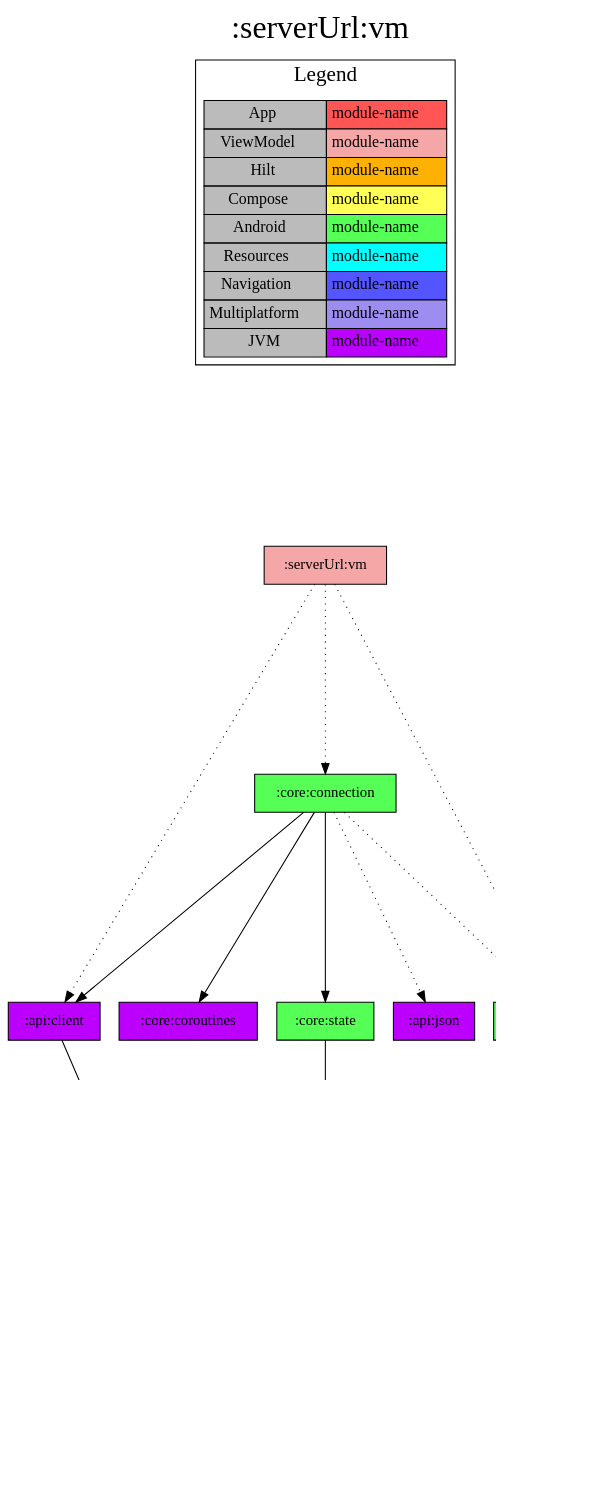
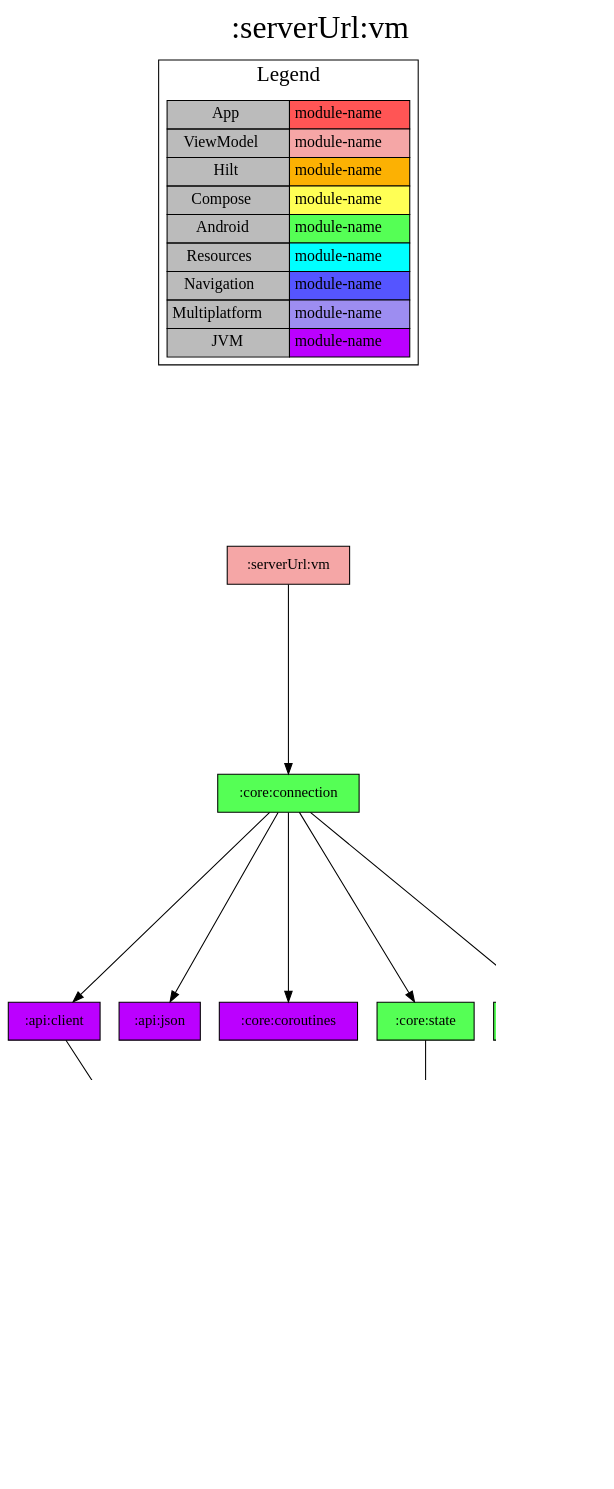
One commit to jonapoul/aktual changed the diagram in modules/serverUrl/vm/project-dependency-graph.dot. Above: the diagram before and after it, drawn with Graphviz. The commit also changed 21 other files, not shown here.

```diff
--- a/modules/serverUrl/vm/project-dependency-graph.dot
+++ b/modules/serverUrl/vm/project-dependency-graph.dot
@@ -1,47 +1,45 @@
 digraph {
 edge ["dir"="forward"]
 graph ["dpi"="100","label"=":serverUrl:vm","labelloc"="t","fontsize"="30","ranksep"="2.5","rankdir"="TB"]
 node ["style"="filled"]
 ":serverUrl:vm" ["fillcolor"="#F5A6A6","shape"="box"]
+":core:connection" ["fillcolor"="#55FF55","shape"="box"]
 ":api:client" ["fillcolor"="#BB00FF","shape"="box"]
 ":api:model" ["fillcolor"="#BB00FF","shape"="box"]
 ":core:model" ["fillcolor"="#BB00FF","shape"="box"]
-":core:connection" ["fillcolor"="#55FF55","shape"="box"]
+":api:json" ["fillcolor"="#BB00FF","shape"="box"]
 ":core:coroutines" ["fillcolor"="#BB00FF","shape"="box"]
 ":core:state" ["fillcolor"="#55FF55","shape"="box"]
-":api:json" ["fillcolor"="#BB00FF","shape"="box"]
 ":serverUrl:prefs" ["fillcolor"="#55FF55","shape"="box"]
 {
 edge ["dir"="none"]
 graph ["rank"="same"]
 }
-":serverUrl:vm" -> ":api:client" ["style"="dotted"]
-":serverUrl:vm" -> ":core:connection" ["style"="dotted"]
-":serverUrl:vm" -> ":serverUrl:prefs" ["style"="dotted"]
+":serverUrl:vm" -> ":core:connection"
+":core:connection" -> ":api:client"
+":core:connection" -> ":api:json"
+":core:connection" -> ":core:coroutines"
+":core:connection" -> ":core:state"
+":core:connection" -> ":serverUrl:prefs"
 ":api:client" -> ":api:model"
 ":api:model" -> ":core:model"
-":core:connection" -> ":api:client"
-":core:connection" -> ":core:coroutines"
-":core:connection" -> ":core:state"
-":core:connection" -> ":api:json" ["style"="dotted"]
-":core:connection" -> ":serverUrl:prefs" ["style"="dotted"]
 ":core:state" -> ":core:model"
 ":serverUrl:prefs" -> ":core:model"
 subgraph "cluster_legend" {
 edge ["dir"="none"]
 graph ["label"="Legend","fontsize"="20"]
 "Legend" ["style"="filled","fillcolor"="#bbbbbb","shape"="none","margin"="0","fontsize"="15","label"=<
 <TABLE BORDER="0" CELLBORDER="1" CELLSPACING="0" CELLPADDING="4">
 <TR><TD>App</TD><TD BGCOLOR="#FF5555">module-name</TD></TR>
 <TR><TD>ViewModel</TD><TD BGCOLOR="#F5A6A6">module-name</TD></TR>
 <TR><TD>Hilt</TD><TD BGCOLOR="#FCB103">module-name</TD></TR>
 <TR><TD>Compose</TD><TD BGCOLOR="#FFFF55">module-name</TD></TR>
 <TR><TD>Android</TD><TD BGCOLOR="#55FF55">module-name</TD></TR>
 <TR><TD>Resources</TD><TD BGCOLOR="#00FFFF">module-name</TD></TR>
 <TR><TD>Navigation</TD><TD BGCOLOR="#5555FF">module-name</TD></TR>
 <TR><TD>Multiplatform</TD><TD BGCOLOR="#9D8DF1">module-name</TD></TR>
 <TR><TD>JVM</TD><TD BGCOLOR="#BB00FF">module-name</TD></TR>
 </TABLE>
 >]
 } -> ":serverUrl:vm" ["style"="invis"]
 }
```
